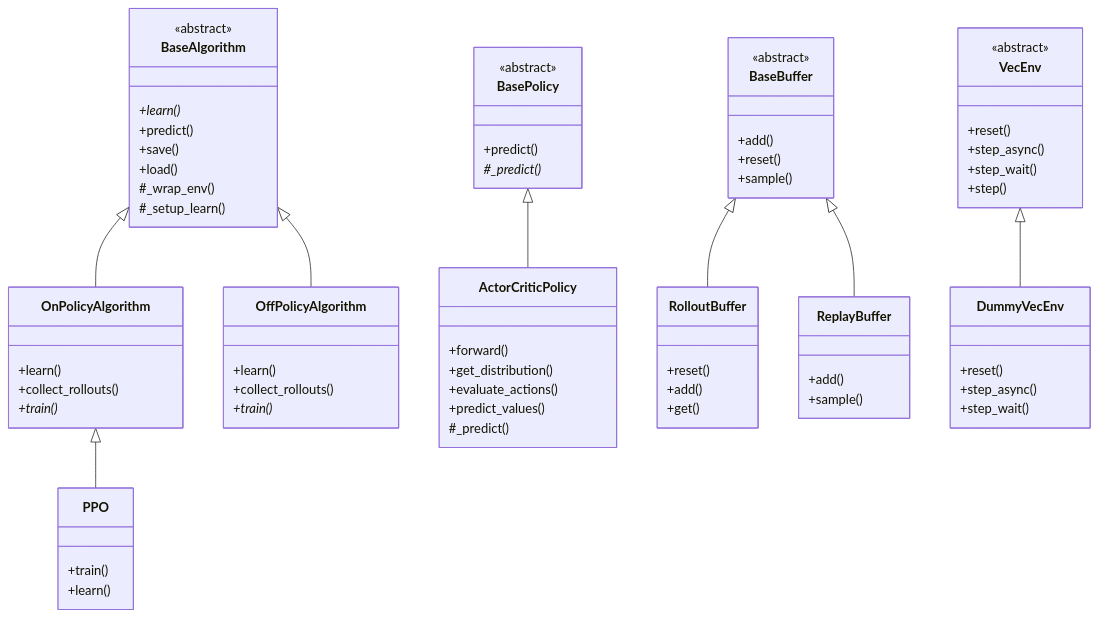
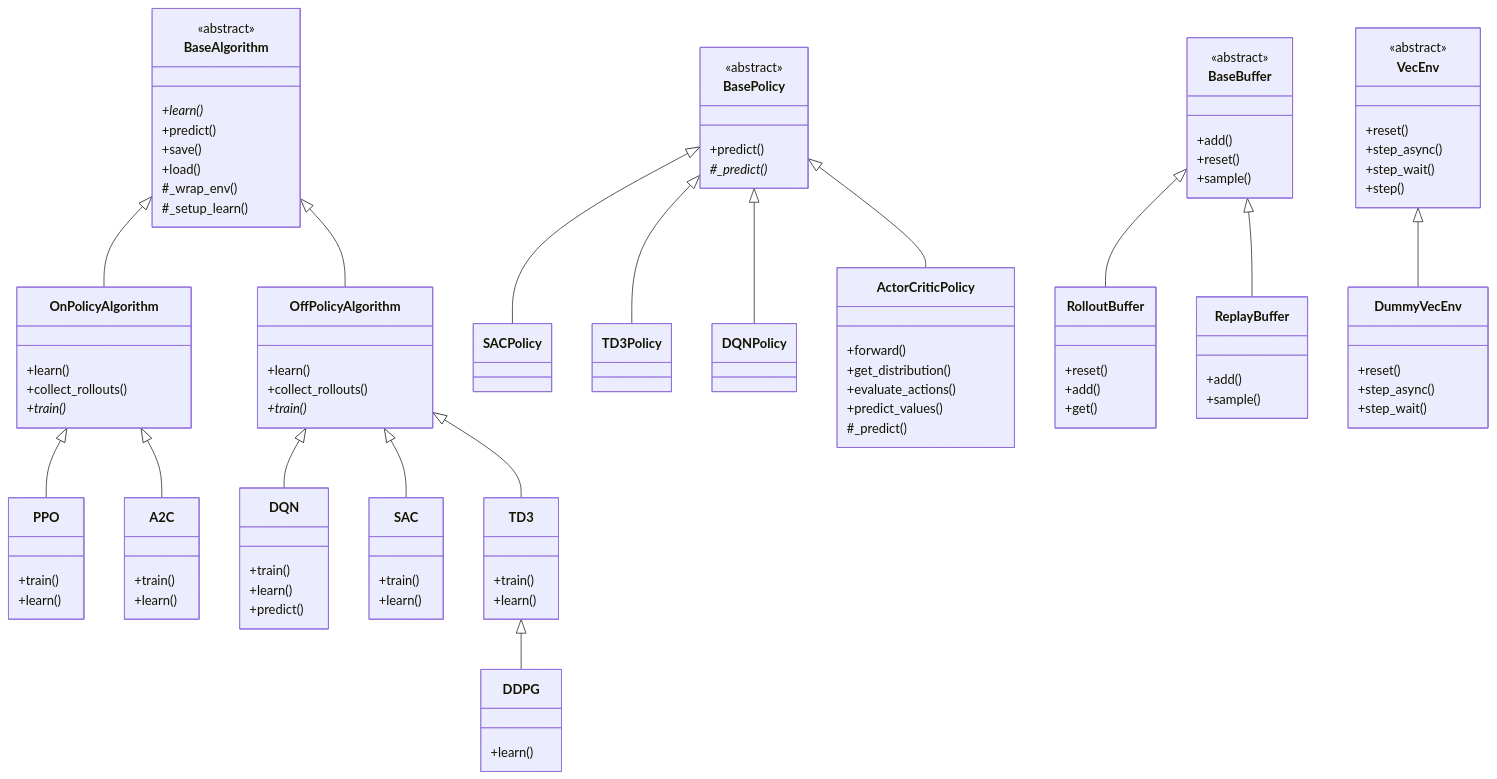
One commit to Jaschenn/sb3-llm-code-understanding changed the first of 2 diagrams in docs/report/03-domain-objects.md. Above: the diagram before and after it, drawn with Mermaid. The commit also changed other lines of this file and 1 other file, not shown here.

Commit message:
docs(report): 继承图补充 A2C、DQN、SAC、TD3、DDPG 及其策略类

```diff
--- a/docs/report/03-domain-objects.md
+++ b/docs/report/03-domain-objects.md
@@ -54,11 +54,34 @@
         +train()
         +learn()
     }
+    class A2C {
+        +train()
+        +learn()
+    }
+    class DQN {
+        +train()
+        +learn()
+        +predict()
+    }
+    class SAC {
+        +train()
+        +learn()
+    }
+    class TD3 {
+        +train()
+        +learn()
+    }
+    class DDPG {
+        +learn()
+    }
     class BasePolicy {
         <<abstract>>
         +predict()
         #_predict()*
     }
+    class SACPolicy
+    class TD3Policy
+    class DQNPolicy
     class ActorCriticPolicy {
         +forward()
         +get_distribution()
@@ -96,7 +119,15 @@
     BaseAlgorithm <|-- OnPolicyAlgorithm
     BaseAlgorithm <|-- OffPolicyAlgorithm
     OnPolicyAlgorithm <|-- PPO
+    OnPolicyAlgorithm <|-- A2C
+    OffPolicyAlgorithm <|-- DQN
+    OffPolicyAlgorithm <|-- SAC
+    OffPolicyAlgorithm <|-- TD3
+    TD3 <|-- DDPG
     BasePolicy <|-- ActorCriticPolicy
+    BasePolicy <|-- SACPolicy
+    BasePolicy <|-- TD3Policy
+    BasePolicy <|-- DQNPolicy
     BaseBuffer <|-- RolloutBuffer
     BaseBuffer <|-- ReplayBuffer
     VecEnv <|-- DummyVecEnv
```
